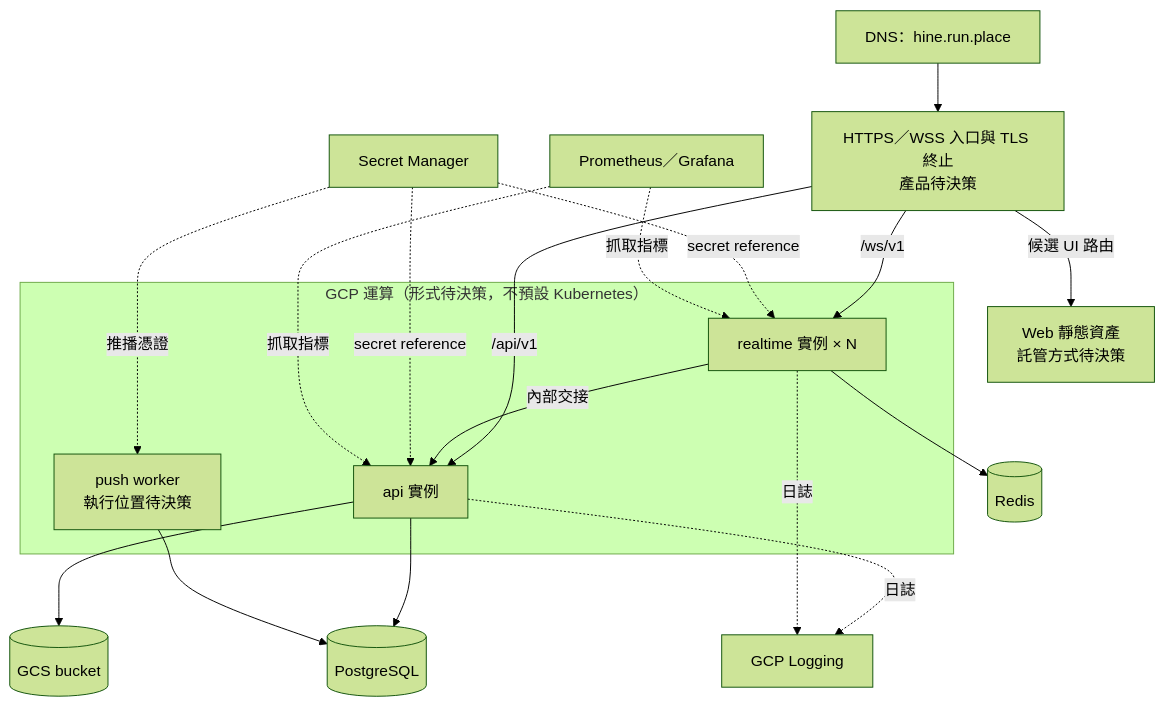
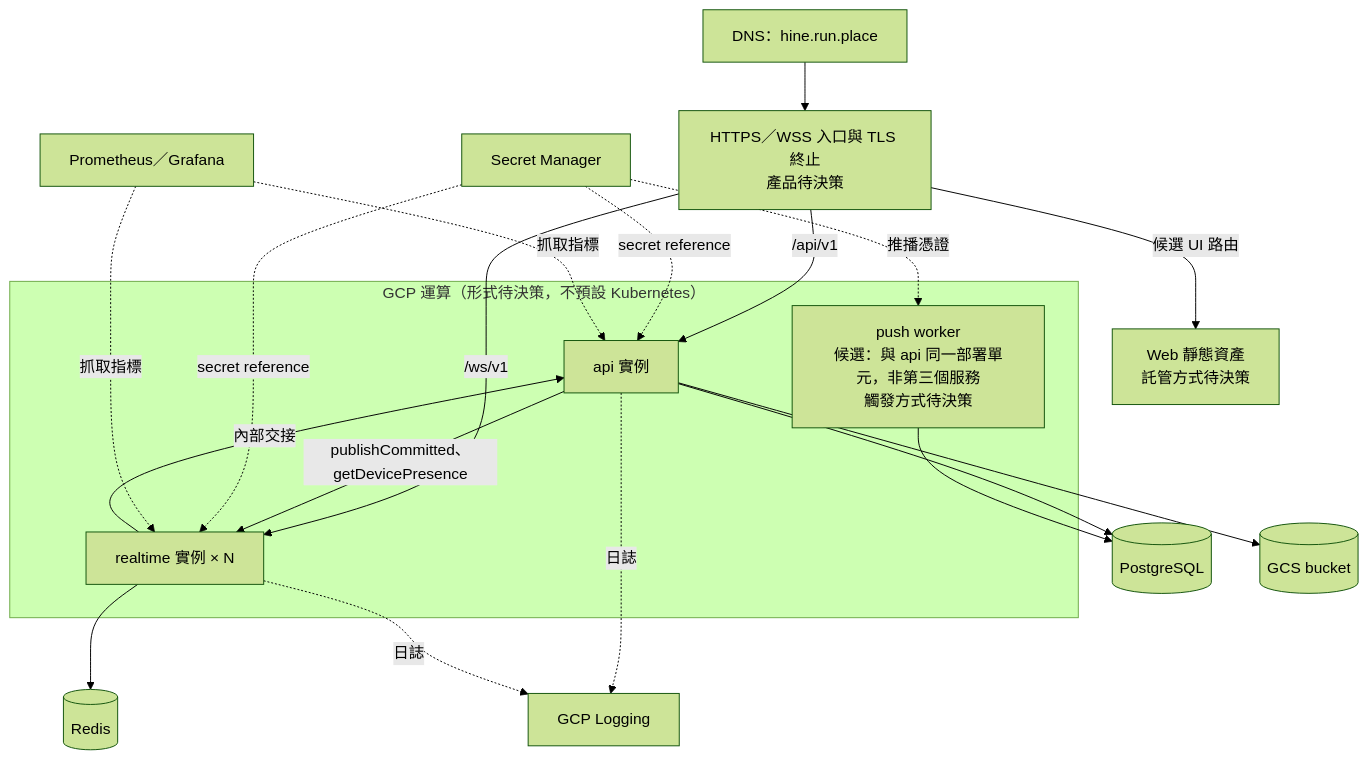
The tenth of 10 diagrams in docs/architecture/README.md (LeoCheng-space/Hine), drawn with Mermaid (forest theme) before and after one commit. The commit also changed other lines of this file and 43 other files, not shown here.

````diff
--- a/docs/architecture/README.md
+++ b/docs/architecture/README.md
@@ -277,33 +361,34 @@
 ```mermaid
 flowchart TB
   dns["DNS：hine.run.place"]
   edge["HTTPS／WSS 入口與 TLS 終止<br/>產品待決策"]
   web["Web 靜態資產<br/>託管方式待決策"]
   subgraph compute["GCP 運算（形式待決策，不預設 Kubernetes）"]
     api["api 實例"]
     rt["realtime 實例 × N"]
-    worker["push worker<br/>執行位置待決策"]
+    worker["push worker<br/>候選：與 api 同一部署單元，非第三個服務<br/>觸發方式待決策"]
   end
   pg[("PostgreSQL")]
   redis[("Redis")]
   gcs[("GCS bucket")]
   sm["Secret Manager"]
   mon["Prometheus／Grafana"]
   logs["GCP Logging"]
   dns --> edge
   edge -->|"/api/v1"| api
   edge -->|"/ws/v1"| rt
   edge -->|"候選 UI 路由"| web
   rt -->|"內部交接"| api
+  api -->|"publishCommitted、getDevicePresence"| rt
   api --> pg
   worker --> pg
   rt --> redis
   api --> gcs
   sm -.->|"secret reference"| api
   sm -.->|"secret reference"| rt
   sm -.->|"推播憑證"| worker
   mon -.->|"抓取指標"| api
   mon -.->|"抓取指標"| rt
   api -.->|"日誌"| logs
   rt -.->|"日誌"| logs
 ```
````
